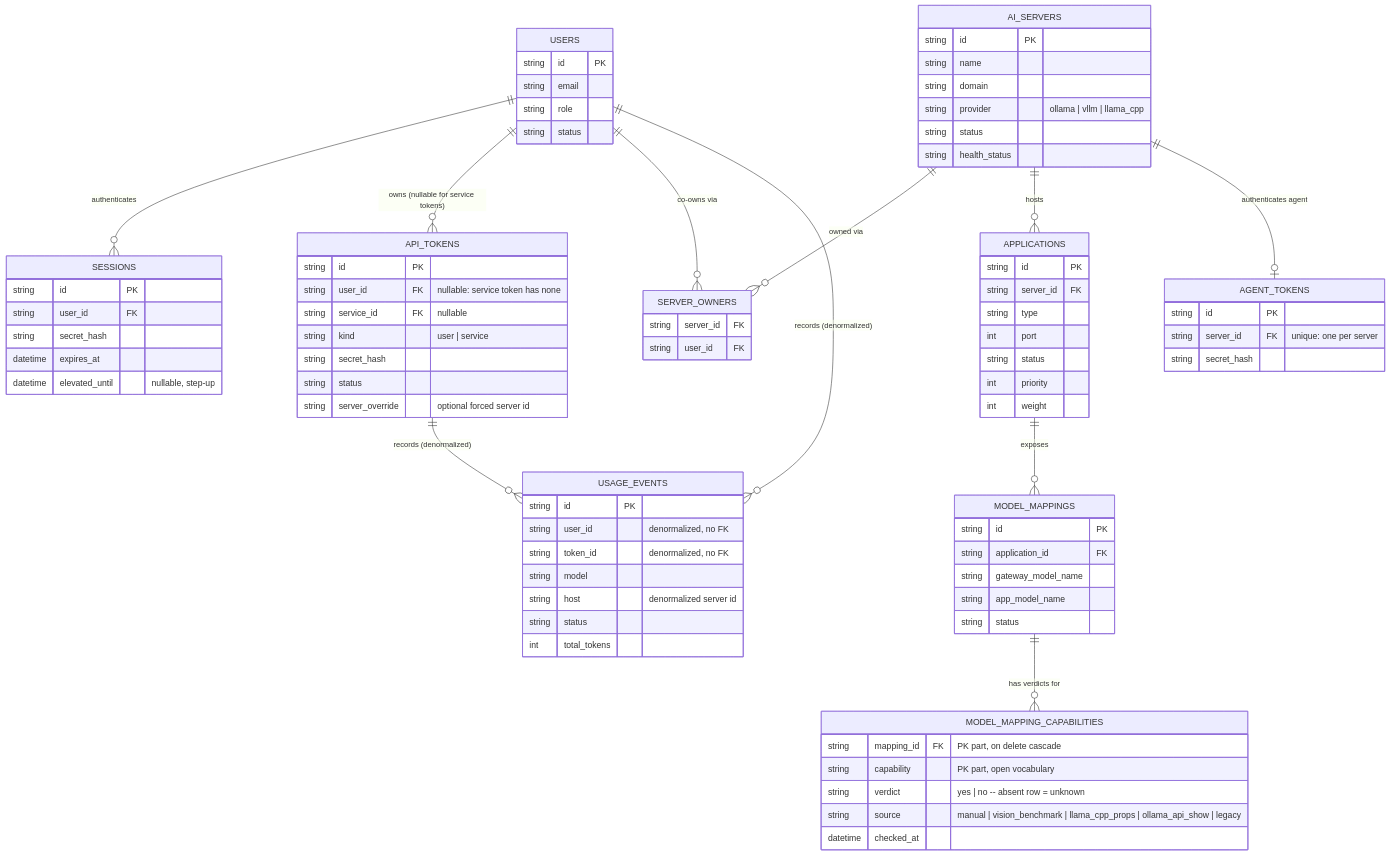
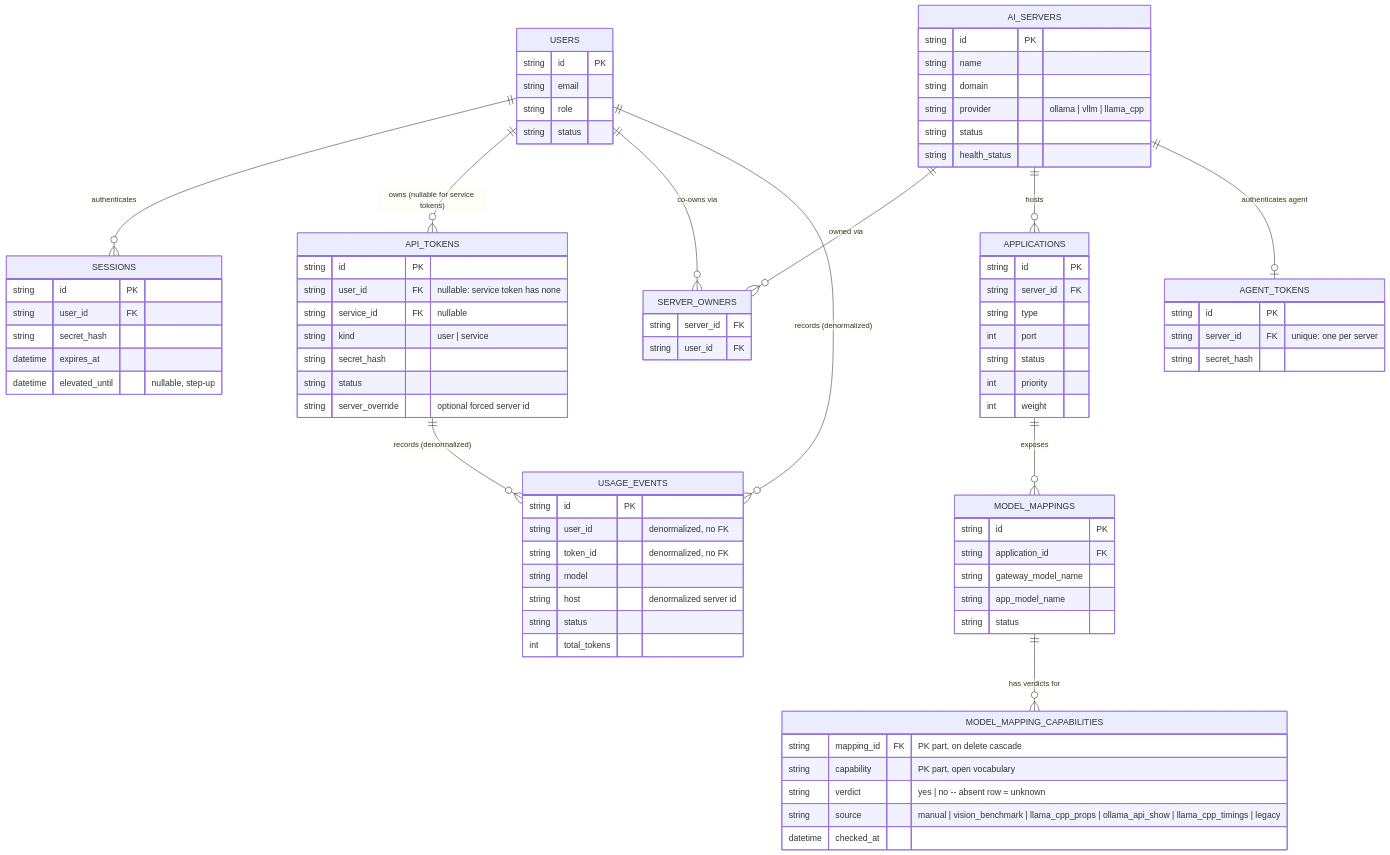
One commit to JLor08/op-ai-gateway changed the diagram in docs/architecture/reference/data-model.md. Above: the diagram before and after it, drawn with Mermaid. The commit also changed other lines of this file and 34 other files, not shown here.

```diff
--- a/docs/architecture/reference/data-model.md
+++ b/docs/architecture/reference/data-model.md
@@ -173,7 +173,7 @@
         string mapping_id FK "PK part, on delete cascade"
         string capability "PK part, open vocabulary"
         string verdict "yes | no -- absent row = unknown"
-        string source "manual | vision_benchmark | llama_cpp_props | ollama_api_show | legacy"
+        string source "manual | vision_benchmark | llama_cpp_props | ollama_api_show | llama_cpp_timings | legacy"
         datetime checked_at
     }
     AGENT_TOKENS {
```
